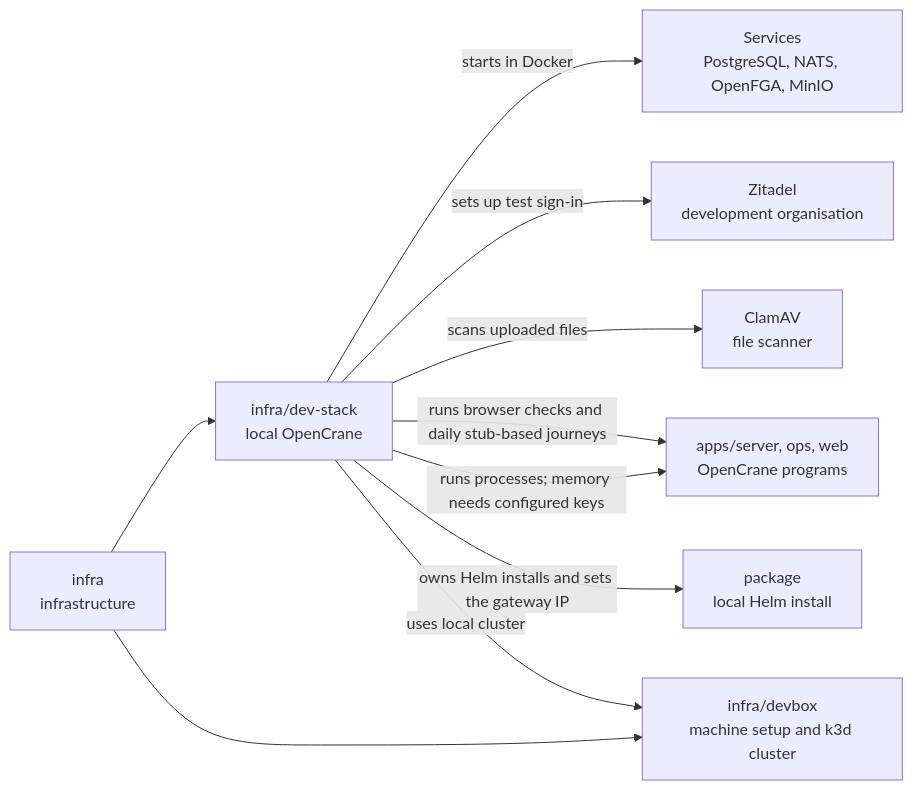
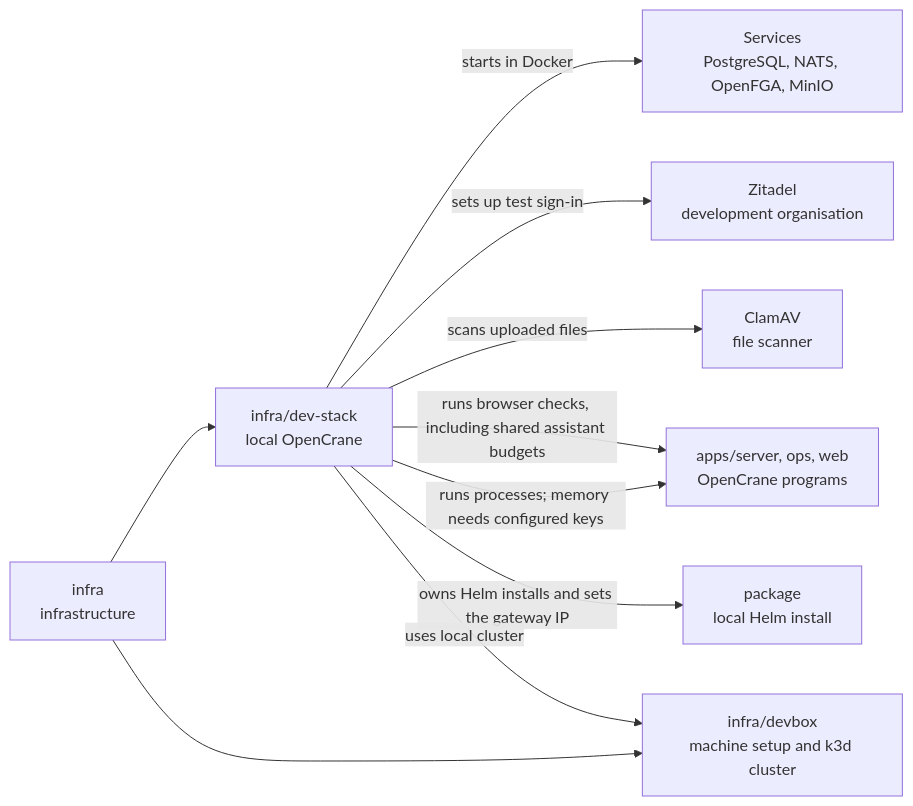
Before and after one commit to elewa-git/opencrane-new: the diagram in infra/dev-stack/README.md, drawn with Mermaid. The commit also changed other lines of this file and 9 other files, not shown here.

Commit message:
🛠️ Restore saved payer ceilings and check budgets with a shared assistant

````diff
--- a/infra/dev-stack/README.md
+++ b/infra/dev-stack/README.md
@@ -15,12 +15,12 @@
 ```mermaid
 flowchart LR
   infra["infra<br/>infrastructure"] --> stack["infra/dev-stack<br/>local OpenCrane"]
   stack -->|starts in Docker| services["Services<br/>PostgreSQL, NATS, OpenFGA, MinIO"]
   stack -->|sets up test sign-in| zitadel["Zitadel<br/>development organisation"]
   stack -->|scans uploaded files| clamav["ClamAV<br/>file scanner"]
   stack -->|runs processes; memory needs configured keys| apps["apps/server, ops, web<br/>OpenCrane programs"]
   stack -->|owns Helm installs and sets the gateway IP| package["package<br/>local Helm install"]
-  stack -->|runs browser checks and daily stub-based journeys| apps
+  stack -->|runs browser checks, including shared assistant budgets| apps
   infra --> devbox["infra/devbox<br/>machine setup and k3d cluster"]
   stack -->|uses local cluster| devbox
 ```
````
